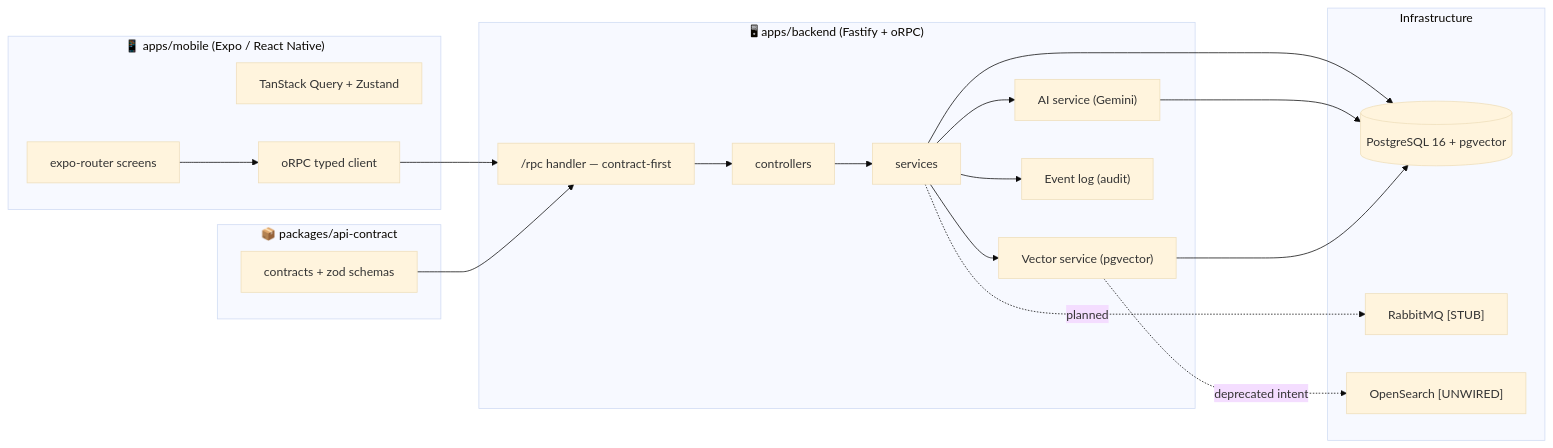
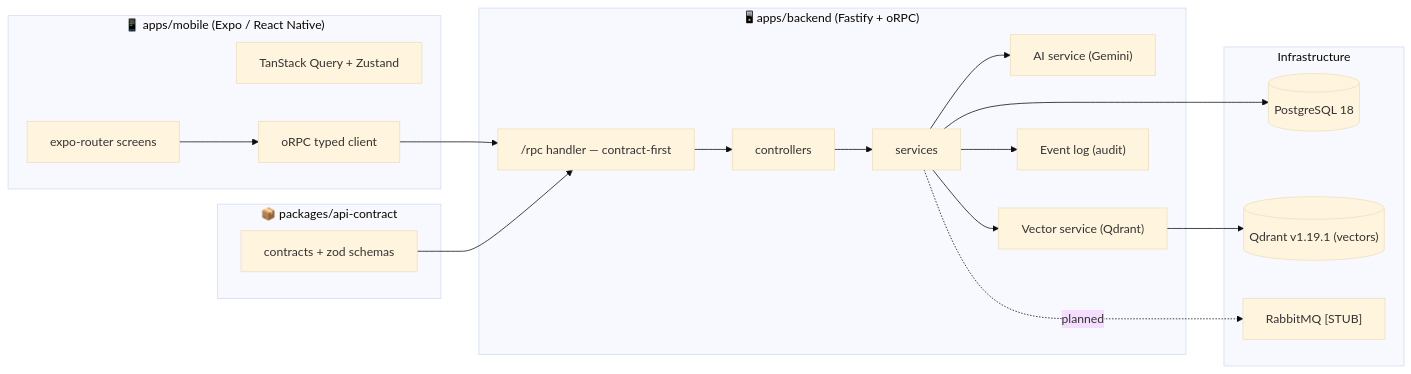
Before and after one commit to IAmPavelDev/axonpath: the first of 6 diagrams in knowledge-base/ARCHITECTURE.md, drawn with Mermaid (base theme). The commit also changed other lines of this file and 17 other files, not shown here.

First line of the commit message:
Migrate vector storage from pgvector to Qdrant

````diff
--- a/knowledge-base/ARCHITECTURE.md
+++ b/knowledge-base/ARCHITECTURE.md
@@ -19,39 +19,37 @@
 ```mermaid
 flowchart LR
     subgraph Mobile["📱 apps/mobile (Expo / React Native)"]
         M[expo-router screens]
         Q[TanStack Query + Zustand]
         RPC[oRPC typed client]
     end
 
     subgraph Backend["🖥 apps/backend (Fastify + oRPC)"]
         API["/rpc handler — contract-first"]
         C["controllers"]
         S["services"]
         AI["AI service (Gemini)"]
-        V["Vector service (pgvector)"]
+        V["Vector service (Qdrant)"]
         EV["Event log (audit)"]
     end
 
     subgraph Shared["📦 packages/api-contract"]
         CONTRACTS["contracts + zod schemas"]
     end
 
     subgraph Infra["Infrastructure"]
-        DB[("PostgreSQL 16 + pgvector")]
+        DB[("PostgreSQL 18")]
+        QD[("Qdrant v1.19.1 (vectors)")]
         MQ["RabbitMQ [STUB]"]
-        OS["OpenSearch [UNWIRED]"]
     end
 
     M --> RPC --> API
     CONTRACTS --> API
     API --> C --> S
     S --> AI
     S --> V
     S --> EV
     S --> DB
-    AI --> DB
-    V --> DB
+    V --> QD
     S -.->|planned| MQ
-    V -.->|deprecated intent| OS
 ```
````
